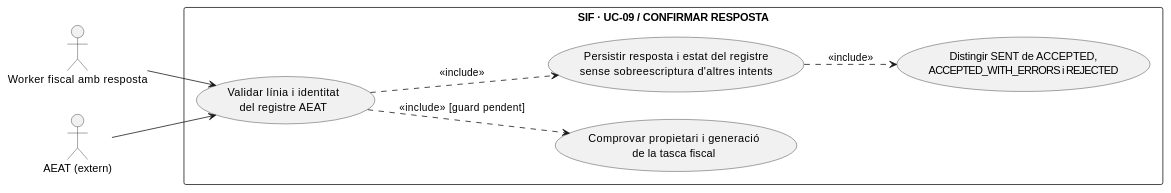
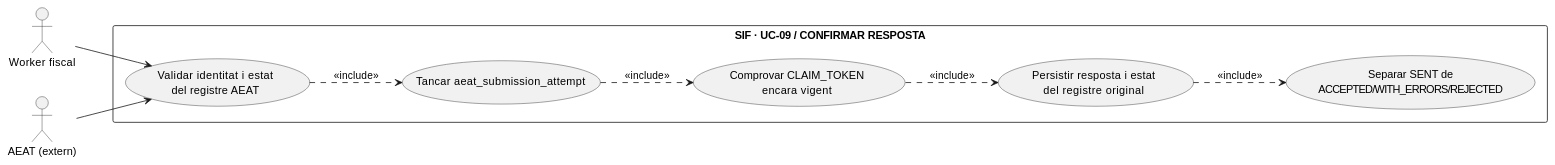
One commit to orgmeriemprismacat-del/verifactu changed the fifth of 9 diagrams in documentacio/07-uml-integrat/uc-009-remetre-registre-aeat.md. Above: the diagram before and after it, drawn with PlantUML. The commit also changed other lines of this file and 16 other files, not shown here.

Commit message:
feat(uc-009): completar auditoria, fencing, intents AEAT i activitats

````diff
--- a/documentacio/07-uml-integrat/uc-009-remetre-registre-aeat.md
+++ b/documentacio/07-uml-integrat/uc-009-remetre-registre-aeat.md
@@ -207,18 +209,20 @@
 ```plantuml
 @startuml
 left to right direction
-actor "Worker fiscal amb resposta" as W
+actor "Worker fiscal" as W
 actor "AEAT (extern)" as A
 rectangle "SIF · UC-09 / CONFIRMAR RESPOSTA" {
- usecase "Validar línia i identitat\ndel registre AEAT" as Validate
- usecase "Comprovar propietari i generació\nde la tasca fiscal" as Own
- usecase "Persistir resposta i estat del registre\nsense sobreescriptura d'altres intents" as Persist
- usecase "Distingir SENT de ACCEPTED,\nACCEPTED_WITH_ERRORS i REJECTED" as Distinct
+ usecase "Validar identitat i estat\ndel registre AEAT" as Validate
+ usecase "Comprovar CLAIM_TOKEN\nencara vigent" as Own
+ usecase "Tancar aeat_submission_attempt" as Attempt
+ usecase "Persistir resposta i estat\ndel registre original" as Persist
+ usecase "Separar SENT de\nACCEPTED/WITH_ERRORS/REJECTED" as Distinct
 }
 W --> Validate
 A --> Validate
-Validate ..> Own : <<include>> [guard pendent]
-Validate ..> Persist : <<include>>
+Validate ..> Attempt : <<include>>
+Attempt ..> Own : <<include>>
+Own ..> Persist : <<include>>
 Persist ..> Distinct : <<include>>
 @enduml
 ```
````
